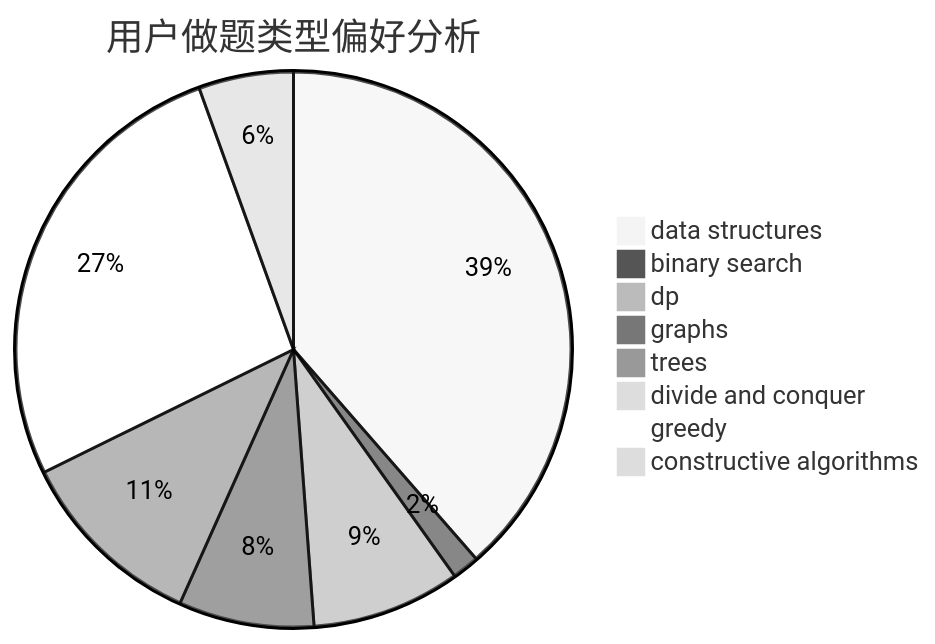
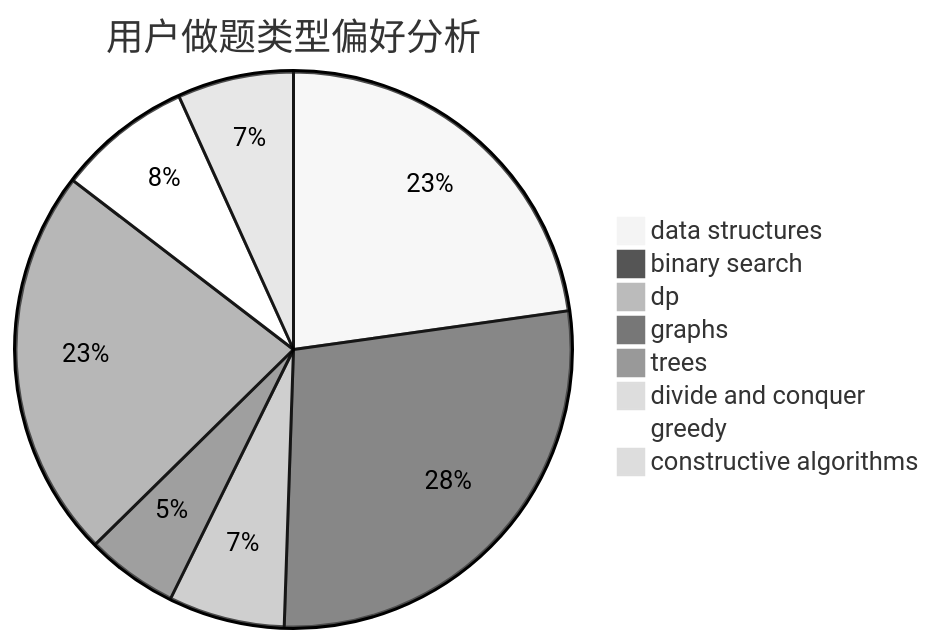
The second of 3 diagrams in docs/user/u502.md (sherpahu/cfrs.github.io), drawn with Mermaid (neutral theme) before and after one commit. The commit also changed other lines of this file and 2770 other files, not shown here.

````diff
--- a/docs/user/u502.md
+++ b/docs/user/u502.md
@@ -23,11 +23,11 @@
 ```mermaid
 pie title 用户做题类型偏好分析
-    "data structures" :  49
-    "binary search" :  2
-    "dp" :  11
-    "graphs" :  10
-    "trees" :  14
+    "data structures" :  64
+    "binary search" :  78
+    "dp" :  19
+    "graphs" :  15
+    "trees" :  64
     "divide and conquer" :  0
-    "greedy" :  34
-    "constructive algorithms" :  7
+    "greedy" :  22
+    "constructive algorithms" :  19
 ```
````
